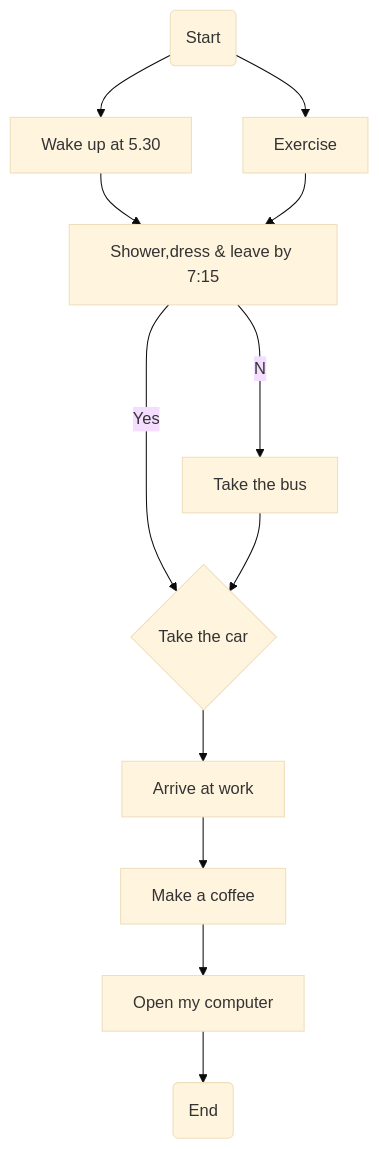
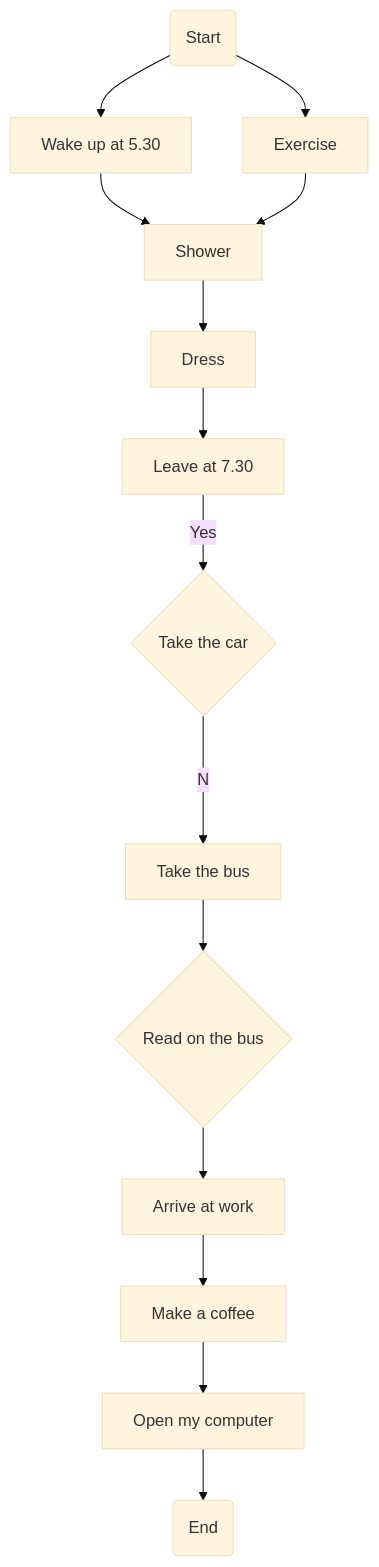
One commit to yusale9/student-showcase changed the second of 2 diagrams in student-work/2022/Debbie-Mankowitz/diagrams.md. Above: the diagram before and after it, drawn with Mermaid (base theme).

````diff
--- a/student-work/2022/Debbie-Mankowitz/diagrams.md
+++ b/student-work/2022/Debbie-Mankowitz/diagrams.md
@@ -8,14 +8,16 @@
 ```mermaid
 graph TB;
 A(Start)--> B[Wake up at 5.30];
 A --> C[Exercise];
 B --> D[Lay out your clothes];
-C --> D[Shower,dress & leave by 7:15];
-D --Yes--> E{Take the car};
-D --No--> F[Take the bus];
-F --> E;
-E --> G[Arrive at work];
-G --> H[Make a coffee];
-H --> I[Open my computer];
-I --> J(End)
+C --> D[Shower];
+D --> E[Dress];
+E --> F[Leave at 7.30];
+F --Yes--> G{Take the car};
+G --No--> H[Take the bus];
+H -->I{Read on the bus}
+I --> J[Arrive at work];
+J --> K[Make a coffee];
+K --> L[Open my computer];
+L --> M(End)
 ```
````
